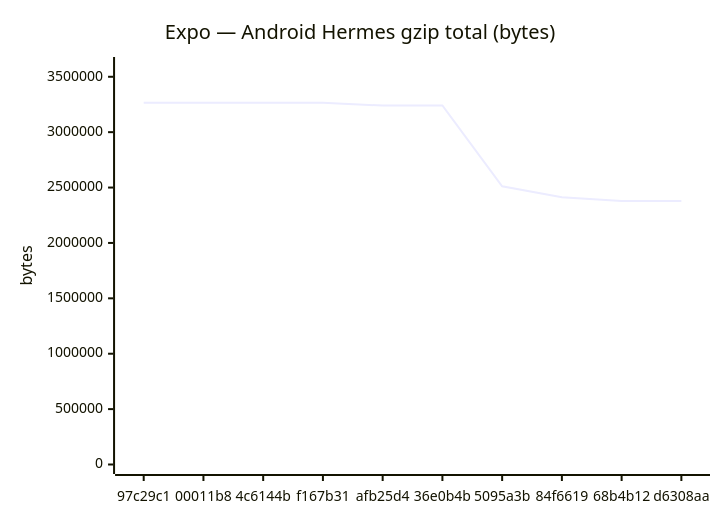
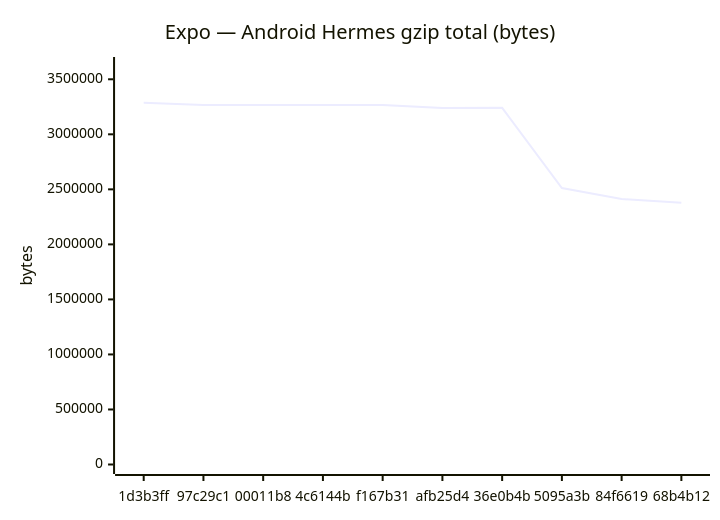
Before and after one commit to Metaheurist/Rianell: the fifth of 18 diagrams in benchmarks/compare.md, drawn with Mermaid. The commit also changed other lines of this file and 11 other files, not shown here.

````diff
--- a/benchmarks/compare.md
+++ b/benchmarks/compare.md
@@ -89,7 +89,7 @@
 ```mermaid
 xychart-beta
     title "Expo — Android Hermes gzip total (bytes)"
-    x-axis ["97c29c1", "00011b8", "4c6144b", "f167b31", "afb25d4", "36e0b4b", "5095a3b", "84f6619", "68b4b12", "d6308aa"]
-    y-axis "bytes" 0 --> 3592704
-    line [3266092, 3266094, 3266092, 3266093, 3239886, 3240548, 2511667, 2411913, 2377489, 2377488]
+    x-axis ["1d3b3ff", "97c29c1", "00011b8", "4c6144b", "f167b31", "afb25d4", "36e0b4b", "5095a3b", "84f6619", "68b4b12"]
+    y-axis "bytes" 0 --> 3616167
+    line [3287424, 3266092, 3266094, 3266092, 3266093, 3239886, 3240548, 2511667, 2411913, 2377489]
 ```
````
